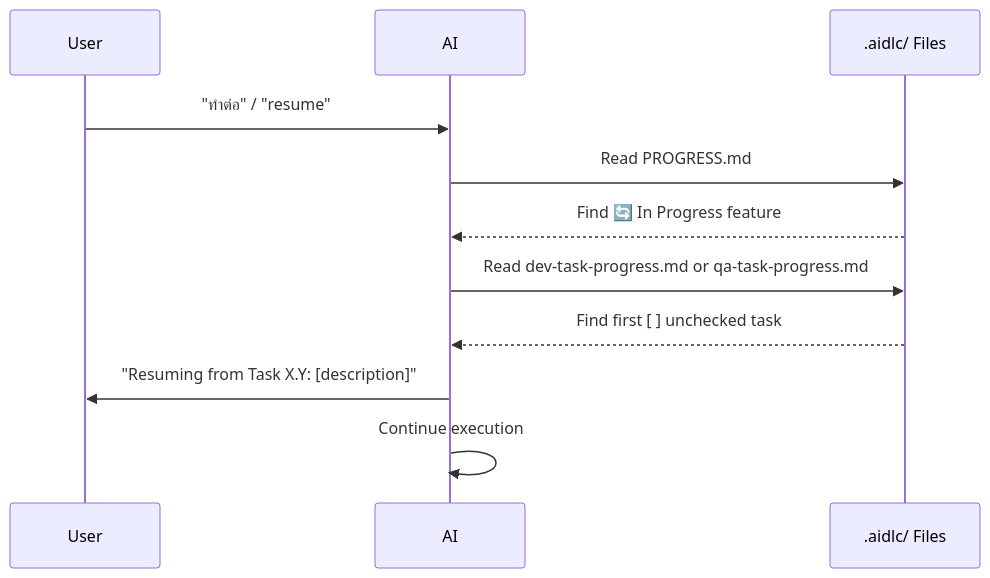
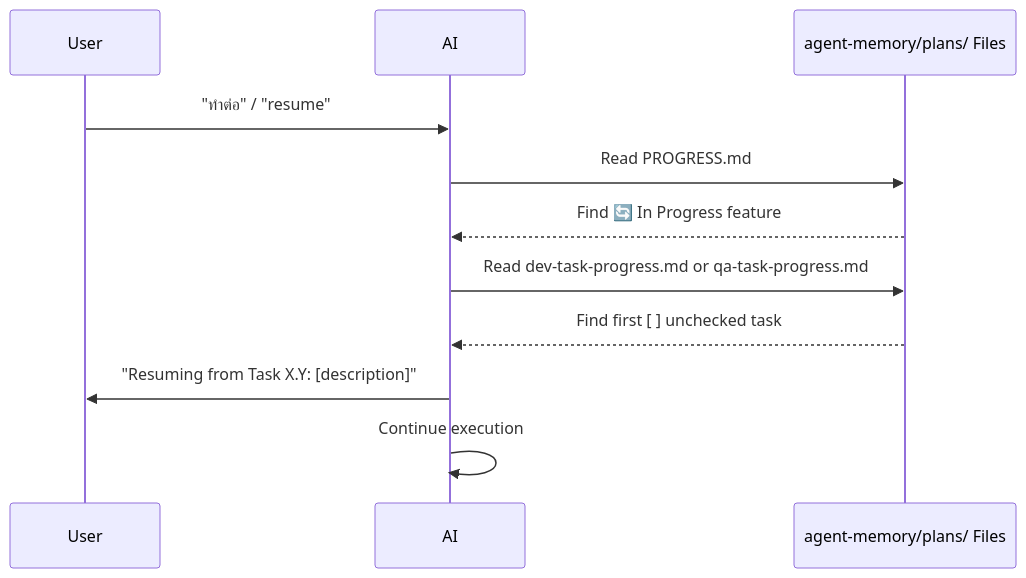
The third of 4 diagrams in skills/aidlc/aidlc-swimlane.md (Vit129/skills), drawn with Mermaid before and after one commit. The commit also changed other lines of this file and 62 other files, not shown here.

First line of the commit message:
feat: AIDLC single standard — all artifacts to agent-memory, no .aidlc/

````diff
--- a/skills/aidlc/aidlc-swimlane.md
+++ b/skills/aidlc/aidlc-swimlane.md
@@ -169,14 +169,14 @@
 ```mermaid
 sequenceDiagram
     participant User as User
     participant AI as AI
-    participant Files as .aidlc/ Files
+    participant Files as agent-memory/plans/ Files
 
     User->>AI: "ทำต่อ" / "resume"
     AI->>Files: Read PROGRESS.md
     Files-->>AI: Find 🔄 In Progress feature
     AI->>Files: Read dev-task-progress.md or qa-task-progress.md
     Files-->>AI: Find first [ ] unchecked task
     AI->>User: "Resuming from Task X.Y: [description]"
     AI->>AI: Continue execution
 ```
````
